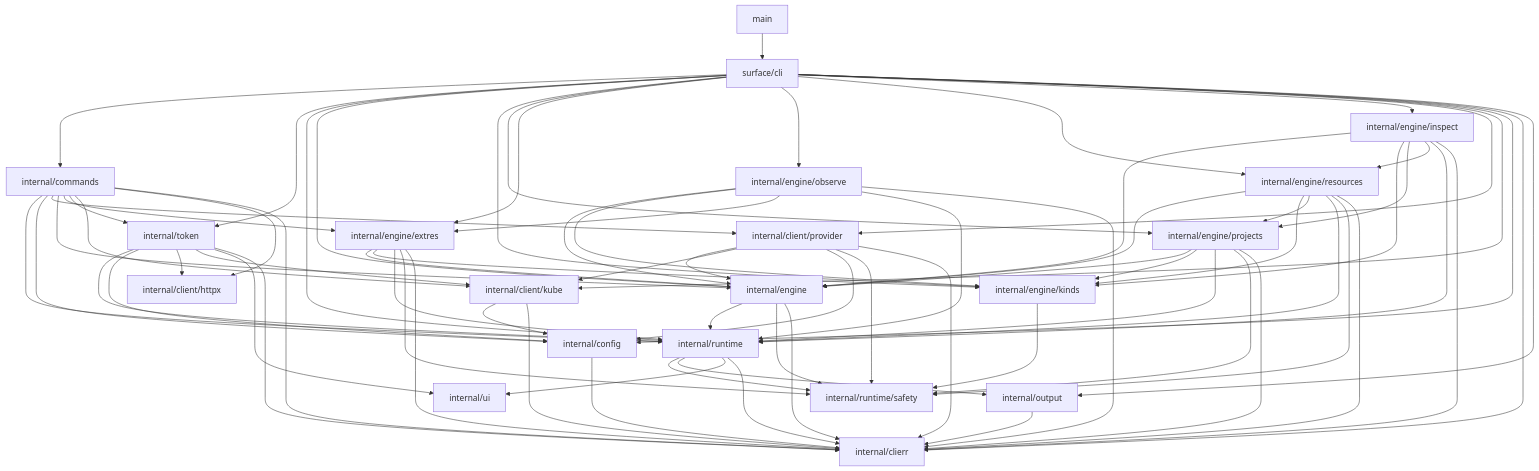
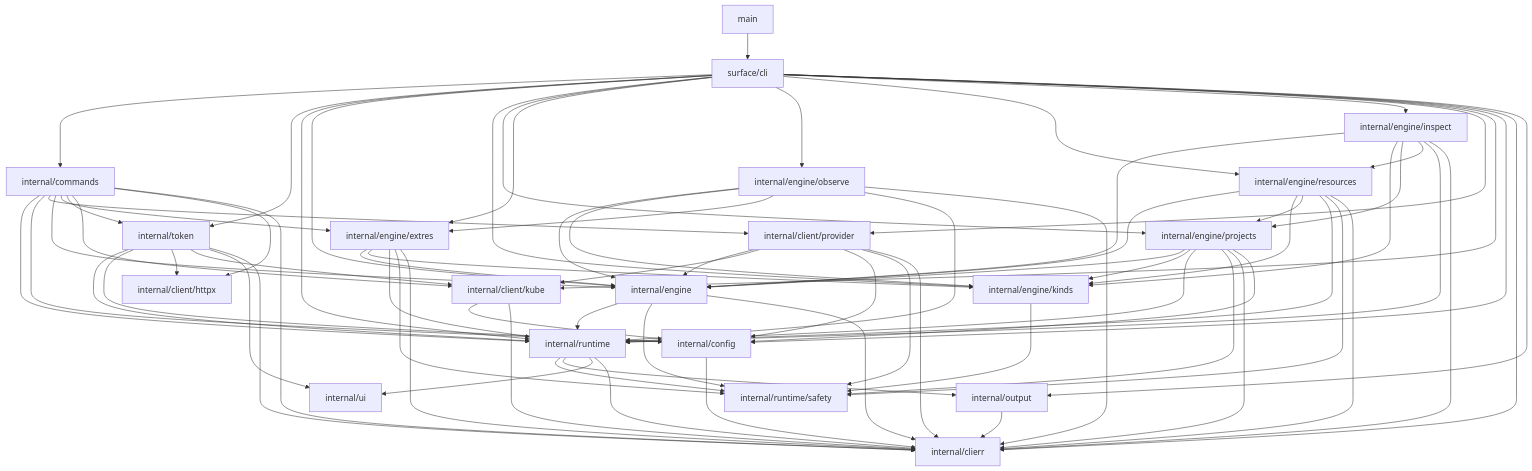
The diagram in ARCHITECTURE.md (rancher/rancher-cli), drawn with Mermaid before and after one commit. The commit also changed 13 other files, not shown here.

```diff
--- a/ARCHITECTURE.md
+++ b/ARCHITECTURE.md
@@ -154,6 +154,7 @@
     projects --> runtime
     projects --> safety
     projects --> clierr
+    projects --> config
 
     extres --> engine
     extres --> kinds
```
